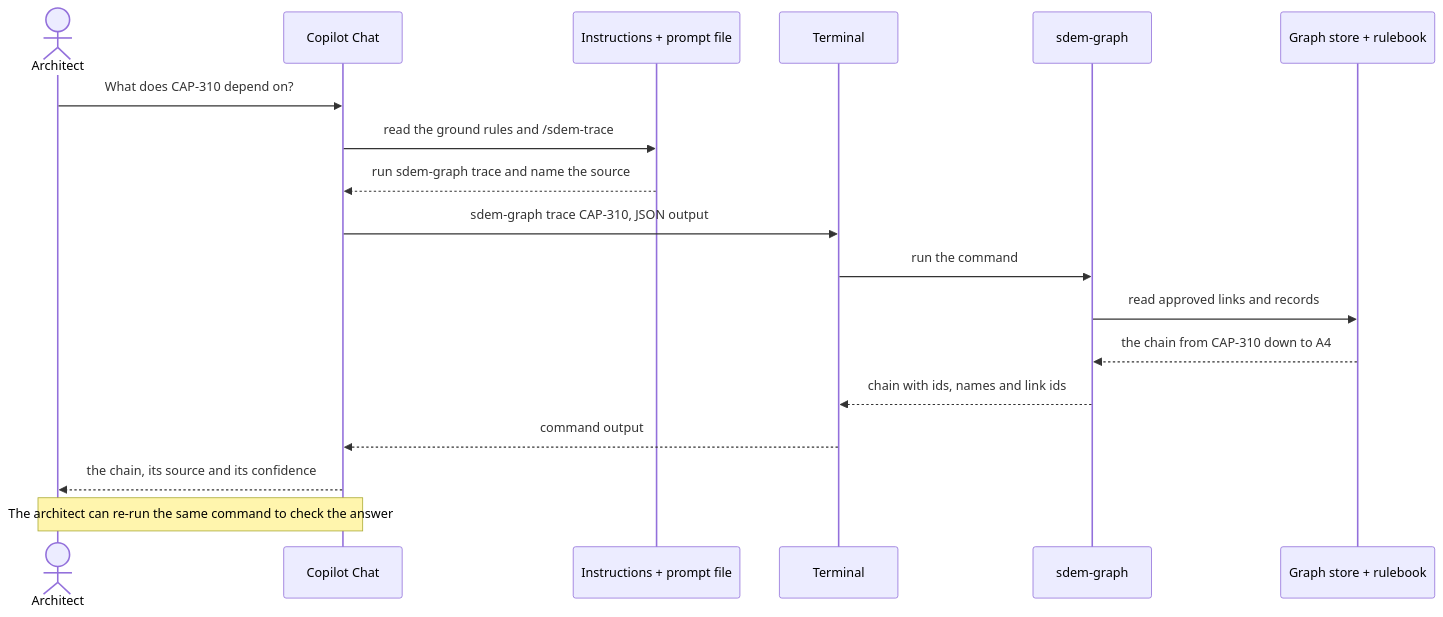
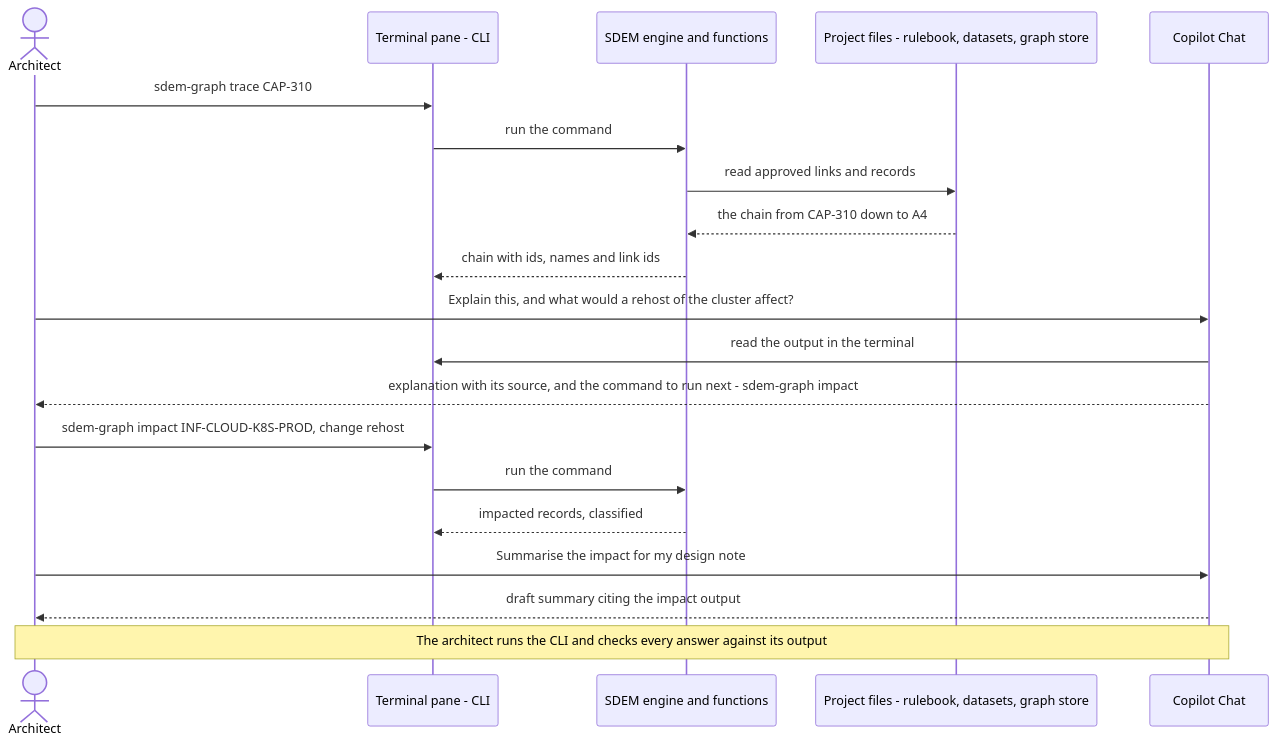
One commit to taumoeps/bian-sdem-framework changed the second of 6 diagrams in docs/sdem-workbench-design.md. Above: the diagram before and after it, drawn with Mermaid. The commit also changed other lines of this file and 6 other files, not shown here.

````diff
--- a/docs/sdem-workbench-design.md
+++ b/docs/sdem-workbench-design.md
@@ -118,20 +127,22 @@
 ```mermaid
 sequenceDiagram
     actor A as Architect
+    participant T as Terminal pane - CLI
+    participant S as SDEM engine and functions
+    participant F as Project files - rulebook, datasets, graph store
     participant C as Copilot Chat
-    participant I as Instructions + prompt file
-    participant T as Terminal
-    participant S as sdem-graph
-    participant F as Graph store + rulebook
-    A->>C: What does CAP-310 depend on?
-    C->>I: read the ground rules and /sdem-trace
-    I-->>C: run sdem-graph trace and name the source
-    C->>T: sdem-graph trace CAP-310, JSON output
+    A->>T: sdem-graph trace CAP-310
     T->>S: run the command
     S->>F: read approved links and records
     F-->>S: the chain from CAP-310 down to A4
     S-->>T: chain with ids, names and link ids
-    T-->>C: command output
-    C-->>A: the chain, its source and its confidence
-    Note over A,C: The architect can re-run the same command to check the answer
+    A->>C: Explain this, and what would a rehost of the cluster affect?
+    C->>T: read the output in the terminal
+    C-->>A: explanation with its source, and the command to run next - sdem-graph impact
+    A->>T: sdem-graph impact INF-CLOUD-K8S-PROD, change rehost
+    T->>S: run the command
+    S-->>T: impacted records, classified
+    A->>C: Summarise the impact for my design note
+    C-->>A: draft summary citing the impact output
+    Note over A,C: The architect runs the CLI and checks every answer against its output
 ```
````
